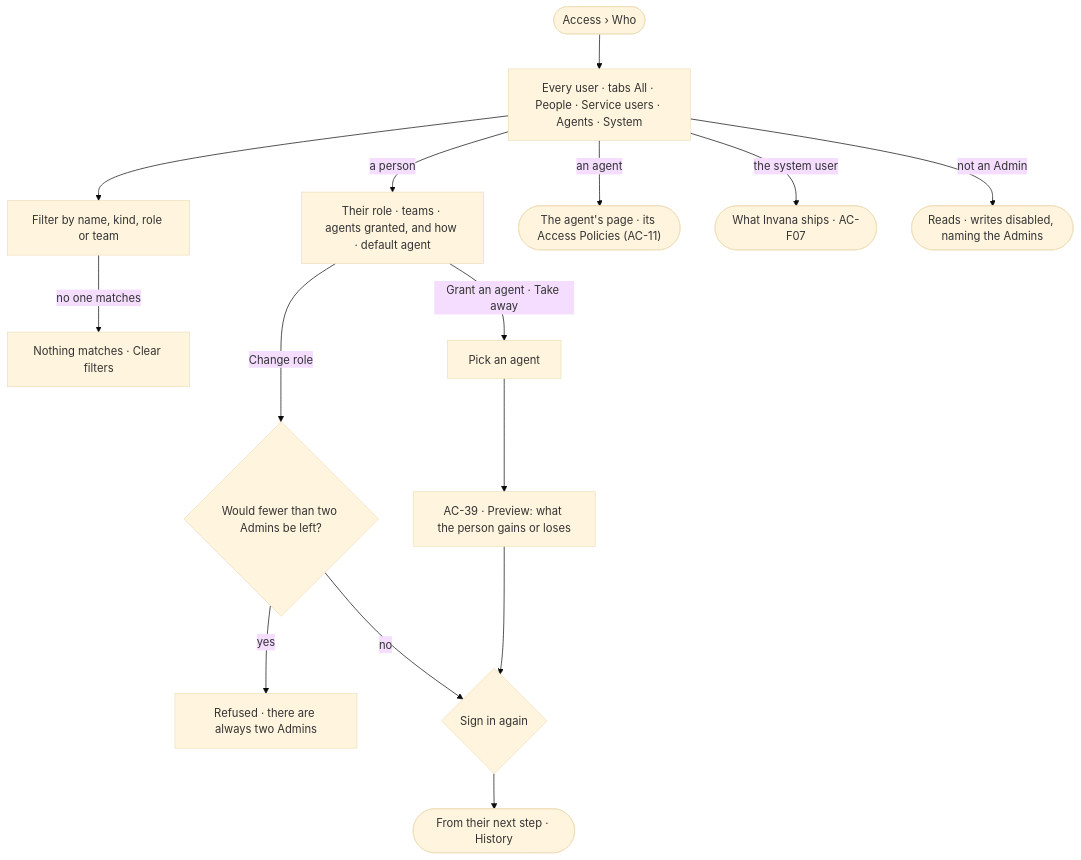
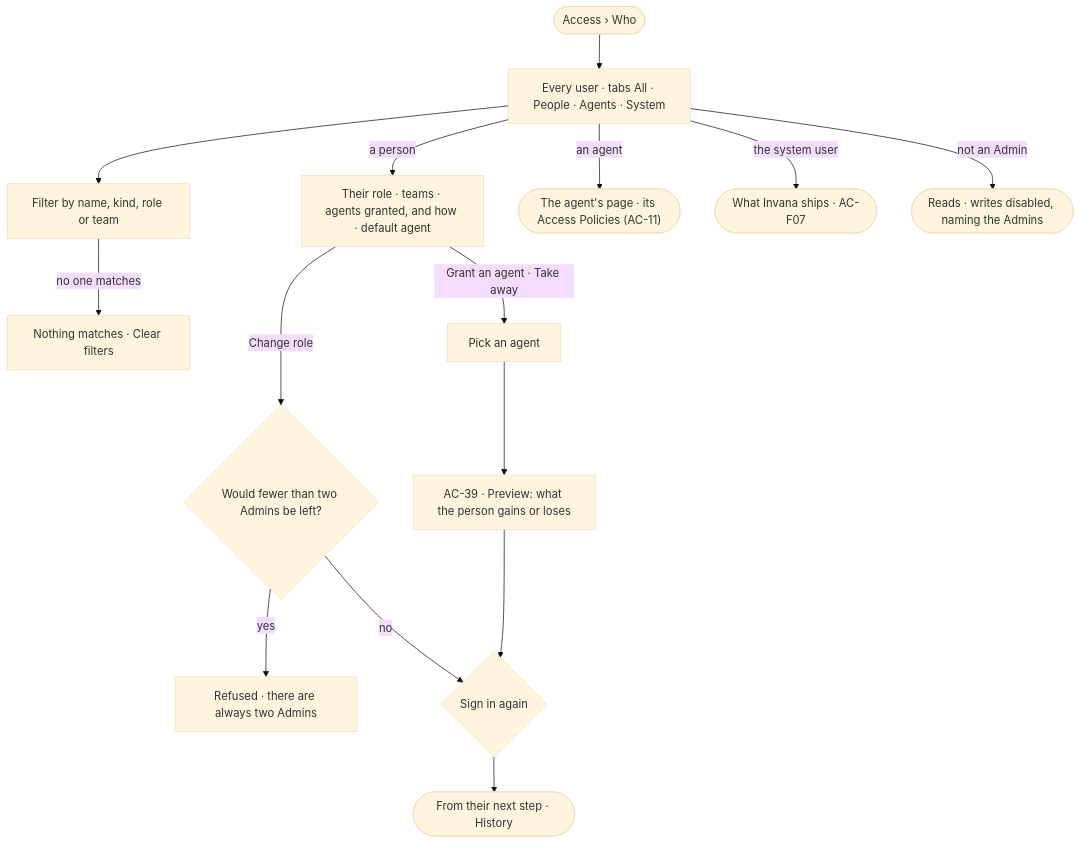
One commit to invana/invana changed the diagram in specs/os/access/features/AC-F03-directory/stories/AC-22-see-every-user-and-set-a-persons-role/story.md. Above: the diagram before and after it, drawn with Mermaid (base theme). The commit also changed other lines of this file and 40 other files, not shown here.

First line of the commit message:
docs(specs): remove service users; keys belong to a person or a project

````diff
--- a/specs/os/access/features/AC-F03-directory/stories/AC-22-see-every-user-and-set-a-persons-role/story.md
+++ b/specs/os/access/features/AC-F03-directory/stories/AC-22-see-every-user-and-set-a-persons-role/story.md
@@ -27,15 +27,15 @@
 ```mermaid
 flowchart TD
-  s([Access › Who]) --> l["Every user · tabs All · People · Service users · Agents · System"]
+  s([Access › Who]) --> l["Every user · tabs All · People · Agents · System"]
   l --> f["Filter by name, kind, role or team"]
   f -->|no one matches| fe["Nothing matches · Clear filters"]
   l -->|a person| p["Their role · teams · agents granted, and how · default agent"]
   p -->|Change role| r{"Would fewer than two Admins be left?"}
   r -->|yes| rr["Refused · there are always two Admins"]
   r -->|no| pw{"Sign in again"}
   pw --> ok(["From their next step · History"])
   p -->|Grant an agent · Take away| g["Pick an agent"] --> gp["AC-39 · Preview: what the person gains or loses"] --> pw
   l -->|an agent| a(["The agent's page · its Access Policies (AC-11)"])
   l -->|the system user| sys(["What Invana ships · AC-F07"])
   l -->|not an Admin| ro(["Reads · writes disabled, naming the Admins"])
 ```
````
